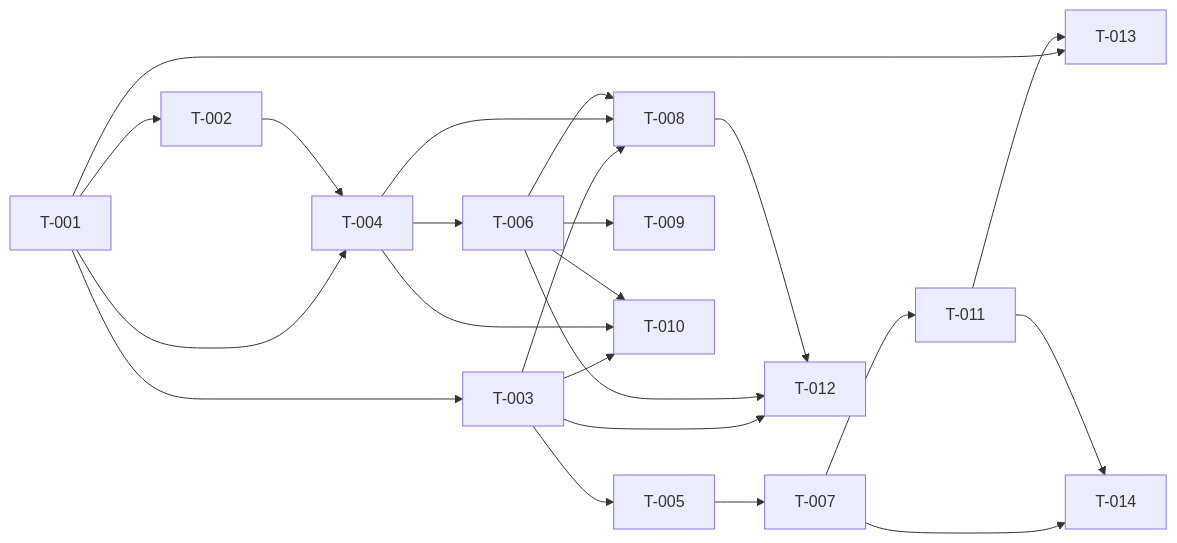
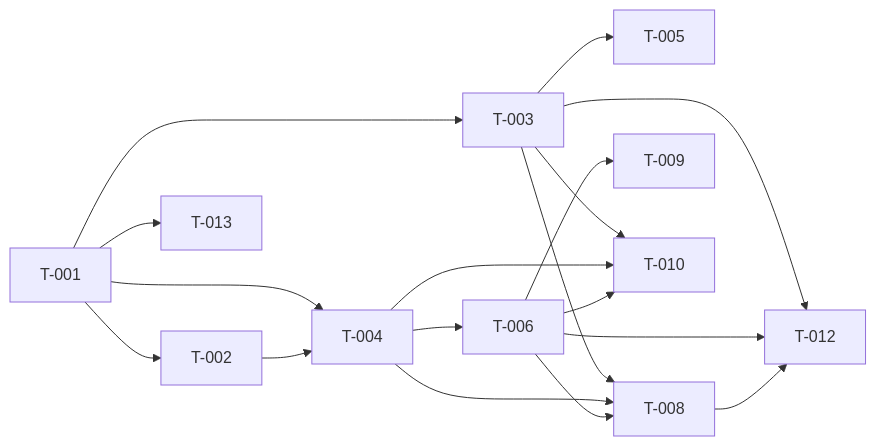
Before and after one commit to alfdav/music-dl: the diagram in context/plans/build-site.md, drawn with Mermaid. The commit also changed other lines of this file and 3 other files, not shown here.

````diff
--- a/context/plans/build-site.md
+++ b/context/plans/build-site.md
@@ -141,25 +148,20 @@
 ```mermaid
 graph LR
     T-001 --> T-002
     T-001 --> T-003
     T-001 --> T-004
     T-002 --> T-004
     T-003 --> T-005
     T-004 --> T-006
-    T-005 --> T-007
     T-003 --> T-008
     T-004 --> T-008
     T-006 --> T-008
     T-006 --> T-009
     T-003 --> T-010
     T-004 --> T-010
     T-006 --> T-010
-    T-007 --> T-011
     T-003 --> T-012
     T-006 --> T-012
     T-008 --> T-012
     T-001 --> T-013
-    T-011 --> T-013
-    T-007 --> T-014
-    T-011 --> T-014
 ```
````
